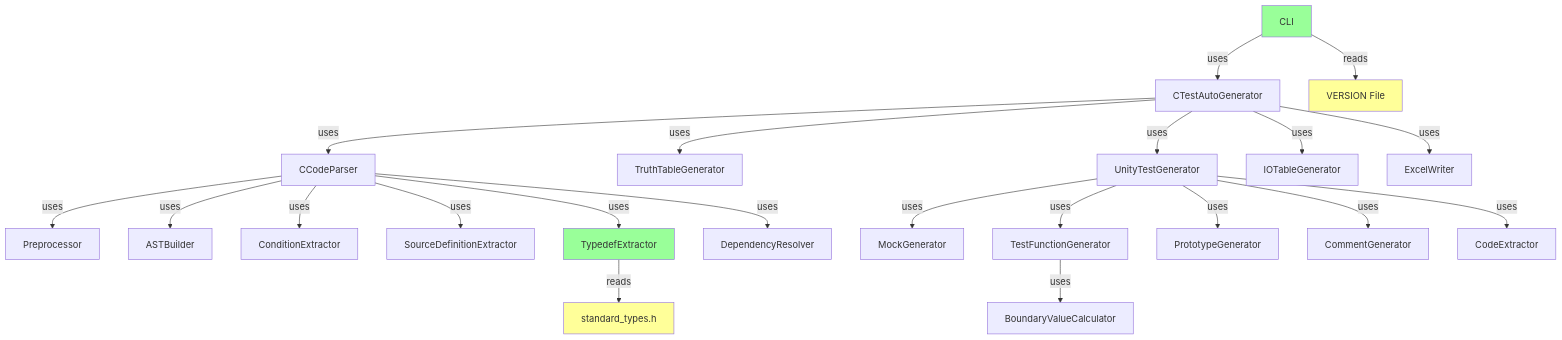
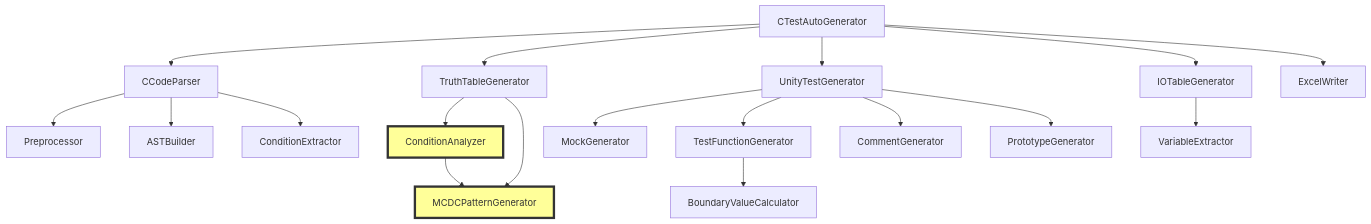
One commit to ryu5791/AutoUniTestGen changed the fifth of 5 diagrams in doc/design_class_diagram.md. Above: the diagram before and after it, drawn with Mermaid. The commit also changed other lines of this file and 3 other files, not shown here.

````diff
--- a/doc/design_class_diagram.md
+++ b/doc/design_class_diagram.md
@@ -761,33 +462,29 @@
 ```mermaid
 graph TD
-    CLI[CLI] -->|uses| CTA[CTestAutoGenerator]
-    CLI -->|reads| VF[VERSION File]
+    A[CTestAutoGenerator] --> B[CCodeParser]
+    A --> C[TruthTableGenerator]
+    A --> D[UnityTestGenerator]
+    A --> E[IOTableGenerator]
+    A --> F[ExcelWriter]
     
-    CTA -->|uses| CCP[CCodeParser]
-    CTA -->|uses| TTG[TruthTableGenerator]
-    CTA -->|uses| UTG[UnityTestGenerator]
-    CTA -->|uses| IOTG[IOTableGenerator]
-    CTA -->|uses| EW[ExcelWriter]
+    B --> G[Preprocessor]
+    B --> H[ASTBuilder]
+    B --> I[ConditionExtractor]
     
-    CCP -->|uses| PP[Preprocessor]
-    CCP -->|uses| AB[ASTBuilder]
-    CCP -->|uses| CE[ConditionExtractor]
-    CCP -->|uses| SDE[SourceDefinitionExtractor]
-    CCP -->|uses| TE[TypedefExtractor]
-    CCP -->|uses| DR[DependencyResolver]
+    C --> J[ConditionAnalyzer]
+    C --> K[MCDCPatternGenerator]
     
-    TE -->|reads| STH[standard_types.h]
+    J --> K
     
-    UTG -->|uses| MG[MockGenerator]
-    UTG -->|uses| TFG[TestFunctionGenerator]
-    UTG -->|uses| PG[PrototypeGenerator]
-    UTG -->|uses| CG[CommentGenerator]
-    UTG -->|uses| CEXT[CodeExtractor]
+    D --> L[MockGenerator]
+    D --> M[TestFunctionGenerator]
+    D --> N[CommentGenerator]
+    D --> O[PrototypeGenerator]
     
-    TFG -->|uses| BVC[BoundaryValueCalculator]
+    M --> P[BoundaryValueCalculator]
     
-    style VF fill:#ff9
-    style STH fill:#ff9
-    style CLI fill:#9f9
-    style TE fill:#9f9
+    E --> Q[VariableExtractor]
+    
+    style K fill:#ff9,stroke:#333,stroke-width:4px
+    style J fill:#ff9,stroke:#333,stroke-width:4px
 ```
````
